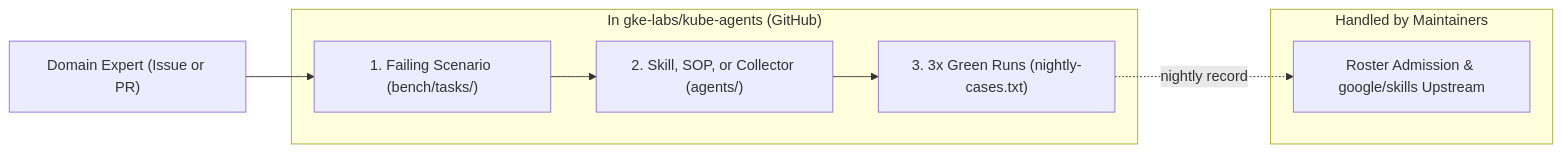
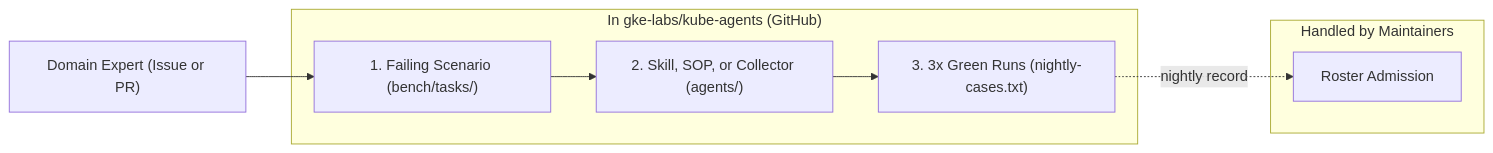
Before and after one commit to gke-labs/kube-agents: the diagram in docs/contributing-domain-expertise.md, drawn with Mermaid. The commit also changed other lines of this file and 4 other files, not shown here.

````diff
--- a/docs/contributing-domain-expertise.md
+++ b/docs/contributing-domain-expertise.md
@@ -27,12 +27,12 @@
 ```mermaid
 flowchart LR
     SME["Domain Expert (Issue or PR)"] --> S1
     subgraph GH["In gke-labs/kube-agents (GitHub)"]
         S1["1. Failing Scenario (bench/tasks/)"] --> S2["2. Skill, SOP, or Collector (agents/)"]
         S2 --> S3["3. 3x Green Runs (nightly-cases.txt)"]
     end
     subgraph Maintainers["Handled by Maintainers"]
-        S4["Roster Admission & google/skills Upstream"]
+        S4["Roster Admission"]
     end
     S3 -.->|"nightly record"| S4
 ```
````
